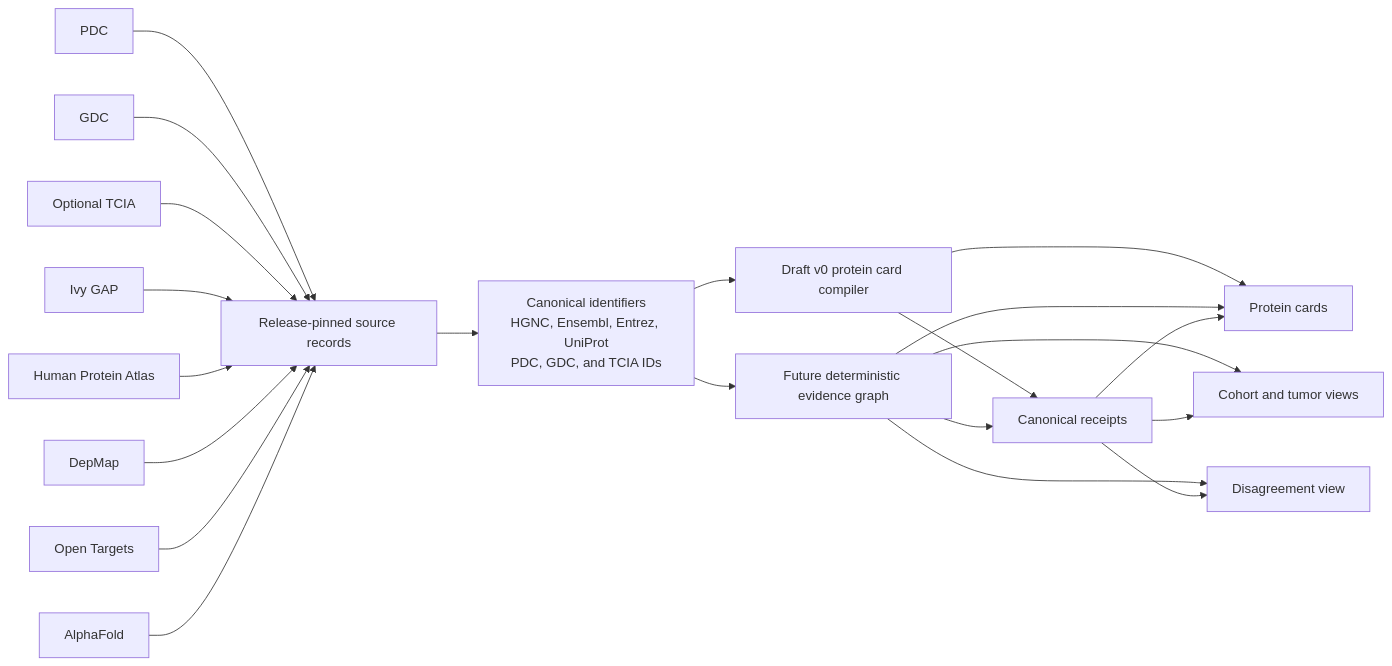
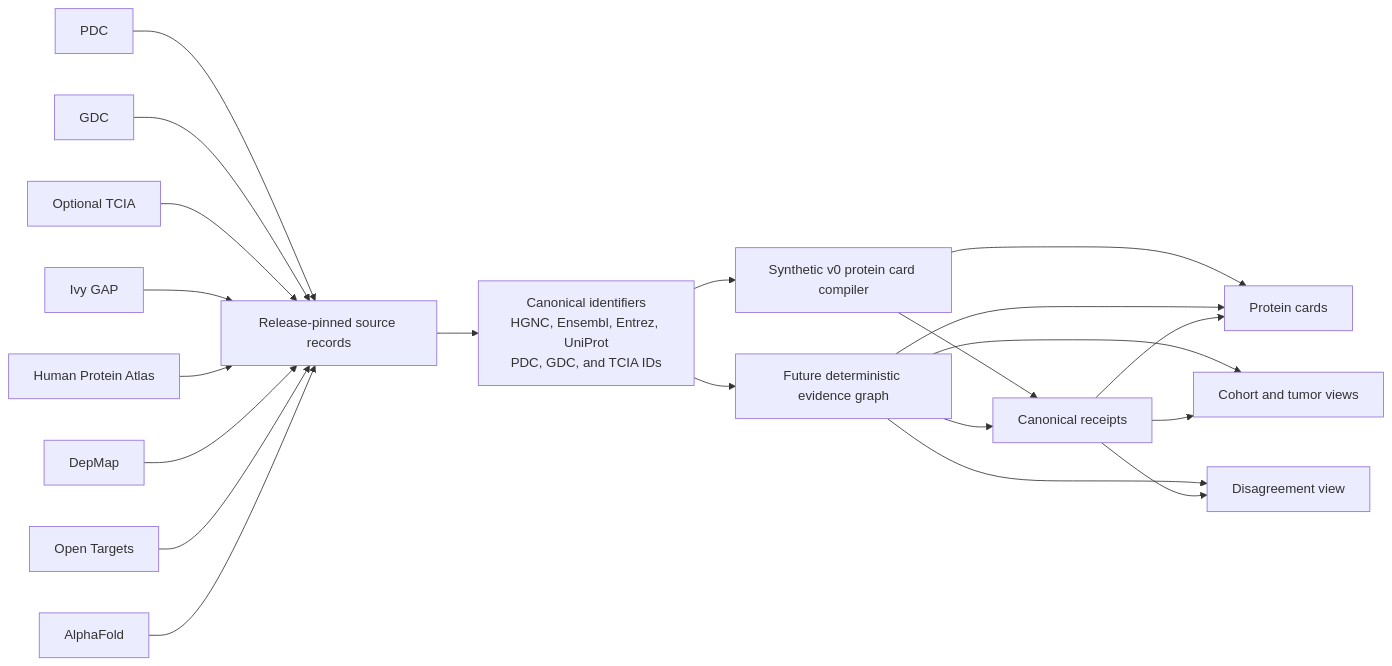
Before and after one commit to Siddhant-K-code/VoxelScope: the diagram in docs/glioblastoma-evidence-atlas-v0.md, drawn with Mermaid. The commit also changed other lines of this file and 1 other file, not shown here.

````diff
--- a/docs/glioblastoma-evidence-atlas-v0.md
+++ b/docs/glioblastoma-evidence-atlas-v0.md
@@ -131,41 +131,41 @@
 ```mermaid
 flowchart LR
     PDC[PDC]
     GDC[GDC]
     TCIA[Optional TCIA]
     IVY[Ivy GAP]
     HPA[Human Protein Atlas]
     DEPMAP[DepMap]
     OT[Open Targets]
     AF[AlphaFold]
 
     RELEASES[Release-pinned source records]
     IDS[Canonical identifiers<br/>HGNC, Ensembl, Entrez, UniProt<br/>PDC, GDC, and TCIA IDs]
-    V0[Draft v0 protein card compiler]
+    V0[Synthetic v0 protein card compiler]
     GRAPH[Future deterministic evidence graph]
     RECEIPTS[Canonical receipts]
     CARDS[Protein cards]
     COHORT[Cohort and tumor views]
     DISAGREE[Disagreement view]
 
     PDC --> RELEASES
     GDC --> RELEASES
     TCIA --> RELEASES
     IVY --> RELEASES
     HPA --> RELEASES
     DEPMAP --> RELEASES
     OT --> RELEASES
     AF --> RELEASES
     RELEASES --> IDS
     IDS --> V0
     IDS --> GRAPH
     V0 --> RECEIPTS
     GRAPH --> RECEIPTS
     V0 --> CARDS
     GRAPH --> CARDS
     GRAPH --> COHORT
     GRAPH --> DISAGREE
     RECEIPTS --> CARDS
     RECEIPTS --> COHORT
     RECEIPTS --> DISAGREE
 ```
````
